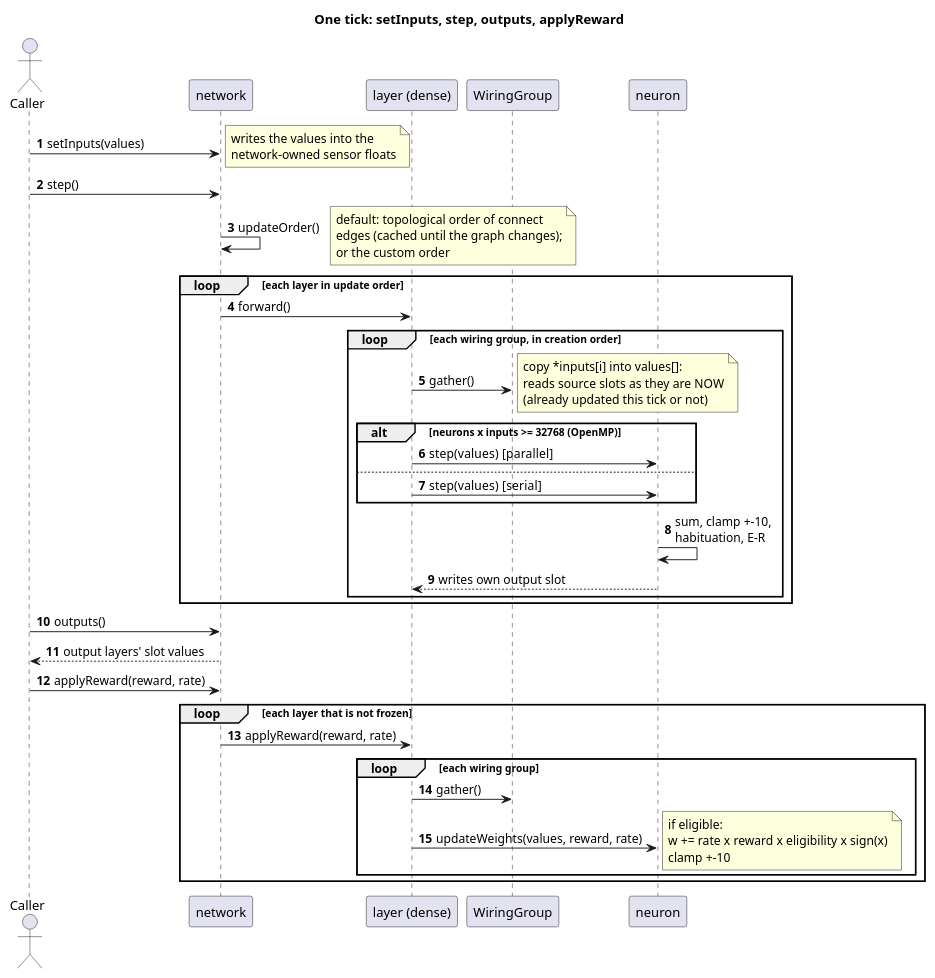
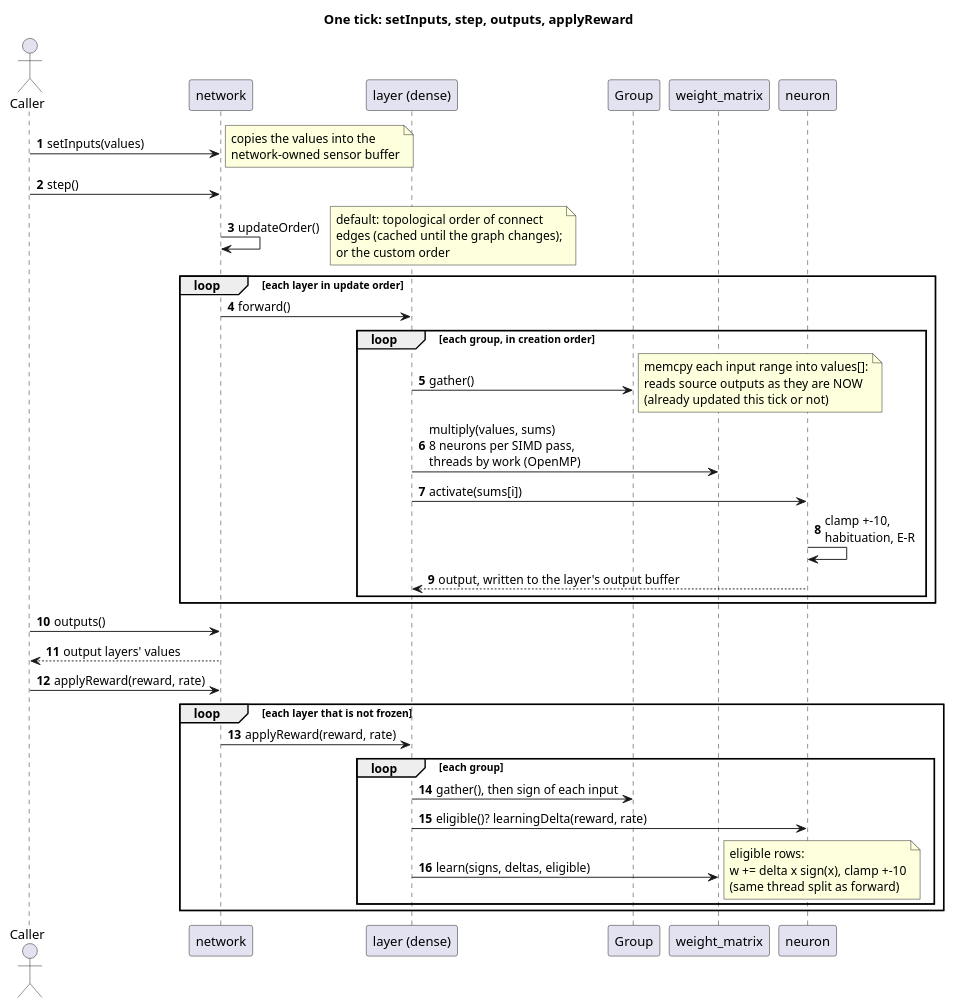
One commit to arielkonopka/exRelaxer changed the diagram in doc/diagrams/sequence_step.puml. Above: the diagram before and after it, drawn with PlantUML. The commit also changed 60 other files, not shown here.

```diff
--- a/doc/diagrams/sequence_step.puml
+++ b/doc/diagrams/sequence_step.puml
@@ -1,61 +1,60 @@
 @startuml sequence_step
 skinparam shadowing false
 skinparam sequenceMessageAlign left
 autonumber
 
 title One tick: setInputs, step, outputs, applyReward
 
 actor Caller
 participant network
 participant "layer (dense)" as L
-participant "WiringGroup" as G
+participant "Group" as G
+participant "weight_matrix" as W
 participant neuron
 
 Caller -> network : setInputs(values)
-note right : writes the values into the\nnetwork-owned sensor floats
+note right : copies the values into the\nnetwork-owned sensor buffer
 
 Caller -> network : step()
 network -> network : updateOrder()
 note right
   default: topological order of connect
   edges (cached until the graph changes);
   or the custom order
 end note
 
 loop each layer in update order
   network -> L : forward()
-  loop each wiring group, in creation order
+  loop each group, in creation order
     L -> G : gather()
     note right
-      copy *inputs[i] into values[]:
-      reads source slots as they are NOW
+      memcpy each input range into values[]:
+      reads source outputs as they are NOW
       (already updated this tick or not)
     end note
-    alt neurons x inputs >= 32768 (OpenMP)
-      L -> neuron : step(values)  [parallel]
-    else
-      L -> neuron : step(values)  [serial]
-    end
-    neuron -> neuron : sum, clamp +-10,\nhabituation, E-R
-    neuron --> L : writes own output slot
+    L -> W : multiply(values, sums)\n8 neurons per SIMD pass,\nthreads by work (OpenMP)
+    L -> neuron : activate(sums[i])
+    neuron -> neuron : clamp +-10,\nhabituation, E-R
+    neuron --> L : output, written to the layer's output buffer
   end
 end
 
 Caller -> network : outputs()
-network --> Caller : output layers' slot values
+network --> Caller : output layers' values
 
 Caller -> network : applyReward(reward, rate)
 loop each layer that is not frozen
   network -> L : applyReward(reward, rate)
-  loop each wiring group
-    L -> G : gather()
-    L -> neuron : updateWeights(values, reward, rate)
+  loop each group
+    L -> G : gather(), then sign of each input
+    L -> neuron : eligible()? learningDelta(reward, rate)
+    L -> W : learn(signs, deltas, eligible)
     note right
-      if eligible:
-      w += rate x reward x eligibility x sign(x)
-      clamp +-10
+      eligible rows:
+      w += delta x sign(x), clamp +-10
+      (same thread split as forward)
     end note
   end
 end
 
 @enduml
```
